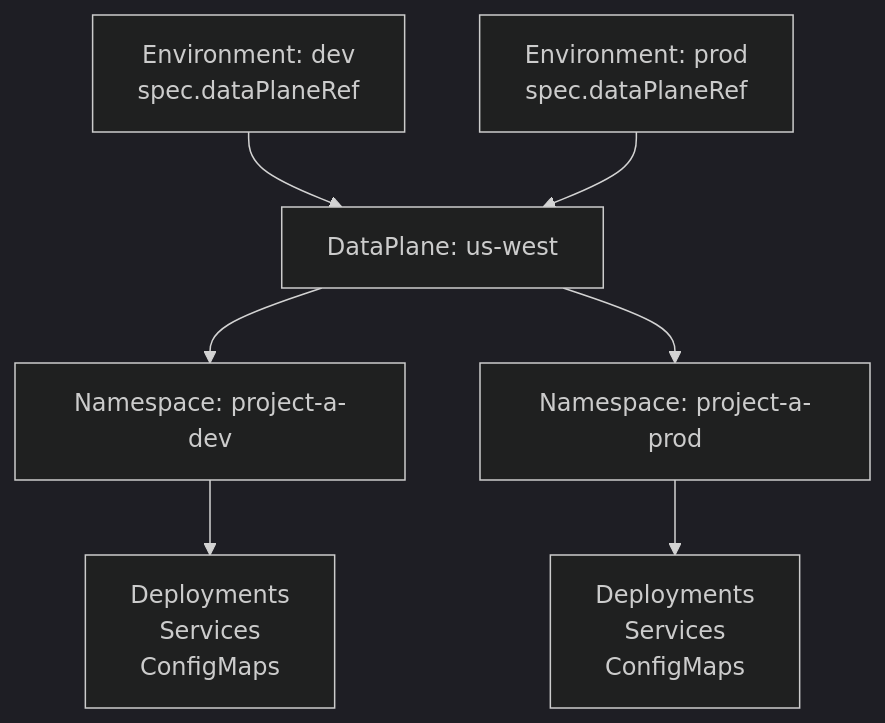
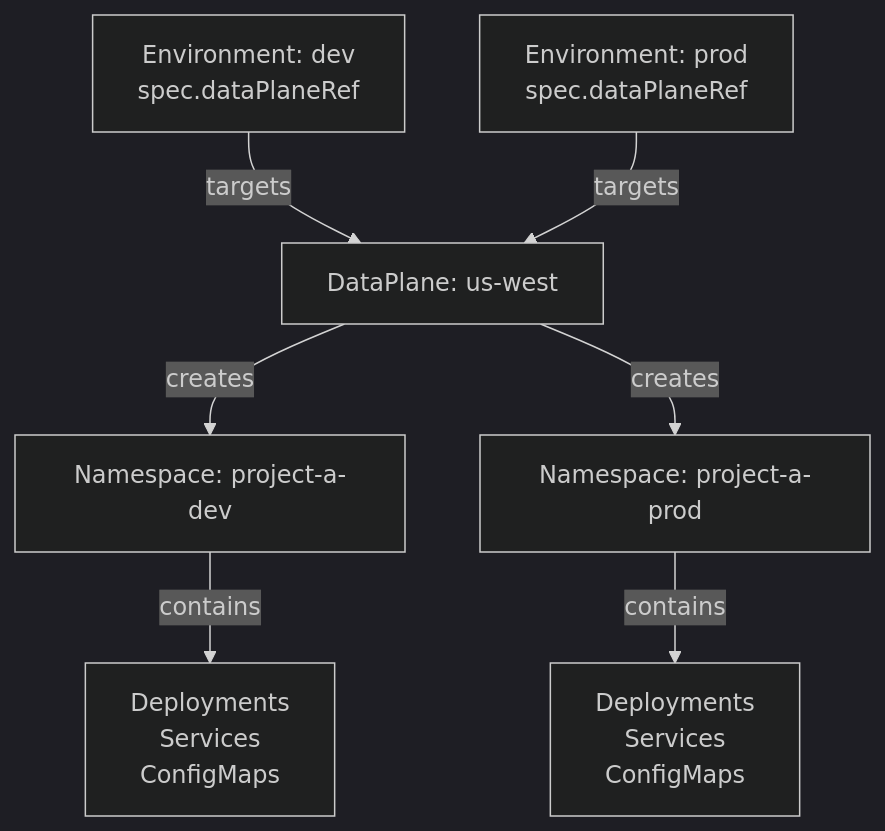
Before and after one commit to openchoreo/openchoreo: the fifth of 12 diagrams in docs/deepwiki/Platform-Abstractions.md, drawn with Mermaid (dark theme). The commit also changed other lines of this file and 85 other files, not shown here.

Commit message:
feat: Add new workflow and specification templates, update Helm chart dependencies, and clarify documentation diagrams.

````diff
--- a/docs/deepwiki/Platform-Abstractions.md
+++ b/docs/deepwiki/Platform-Abstractions.md
@@ -234,18 +234,18 @@
 ```mermaid
 flowchart TD
 
 Env1["Environment: dev<br>spec.dataPlaneRef"]
 Env2["Environment: prod<br>spec.dataPlaneRef"]
 DP["DataPlane: us-west"]
 NS1["Namespace: project-a-dev"]
 NS2["Namespace: project-a-prod"]
 Workloads1["Deployments<br>Services<br>ConfigMaps"]
 Workloads2["Deployments<br>Services<br>ConfigMaps"]
 
-Env1 --> DP
-Env2 --> DP
-DP --> NS1
-DP --> NS2
-NS1 --> Workloads1
-NS2 --> Workloads2
+Env1 -->|"targets"| DP
+Env2 -->|"targets"| DP
+DP -->|"creates"| NS1
+DP -->|"creates"| NS2
+NS1 -->|"contains"| Workloads1
+NS2 -->|"contains"| Workloads2
 ```
````
